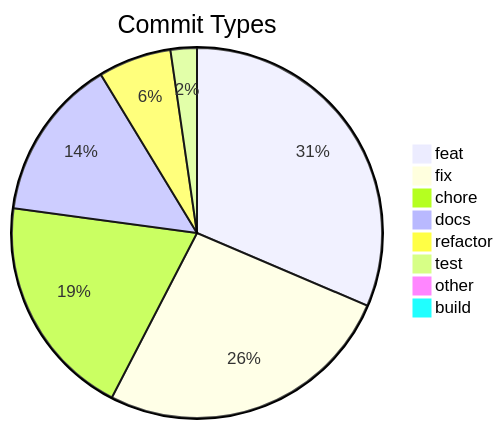
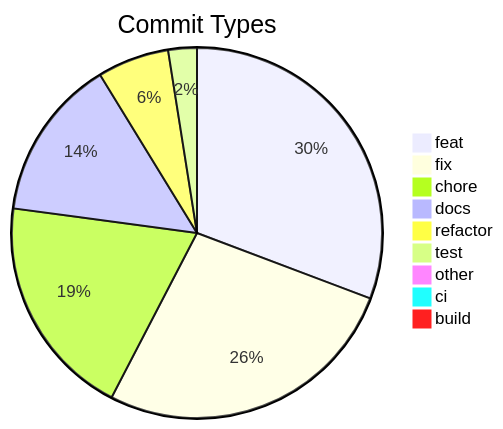
The diagram in .shipwright/compliance/change-history.md (svenroth-ai/shipwright), drawn with Mermaid before and after one commit. The commit also changed other lines of this file and 12 other files, not shown here.

````diff
--- a/.shipwright/compliance/change-history.md
+++ b/.shipwright/compliance/change-history.md
@@ -8,11 +8,12 @@
 ```mermaid
 pie title Commit Types
     "feat" : 246
-    "fix" : 205
-    "chore" : 153
-    "docs" : 111
+    "fix" : 215
+    "chore" : 156
+    "docs" : 113
     "refactor" : 50
-    "test" : 18
+    "test" : 20
     "other" : 7
+    "ci" : 4
     "build" : 1
 ```
````
